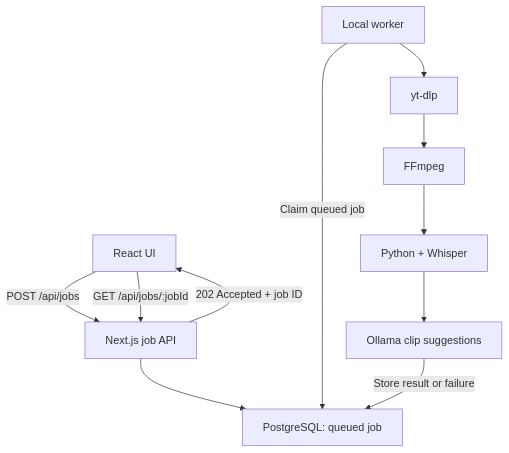
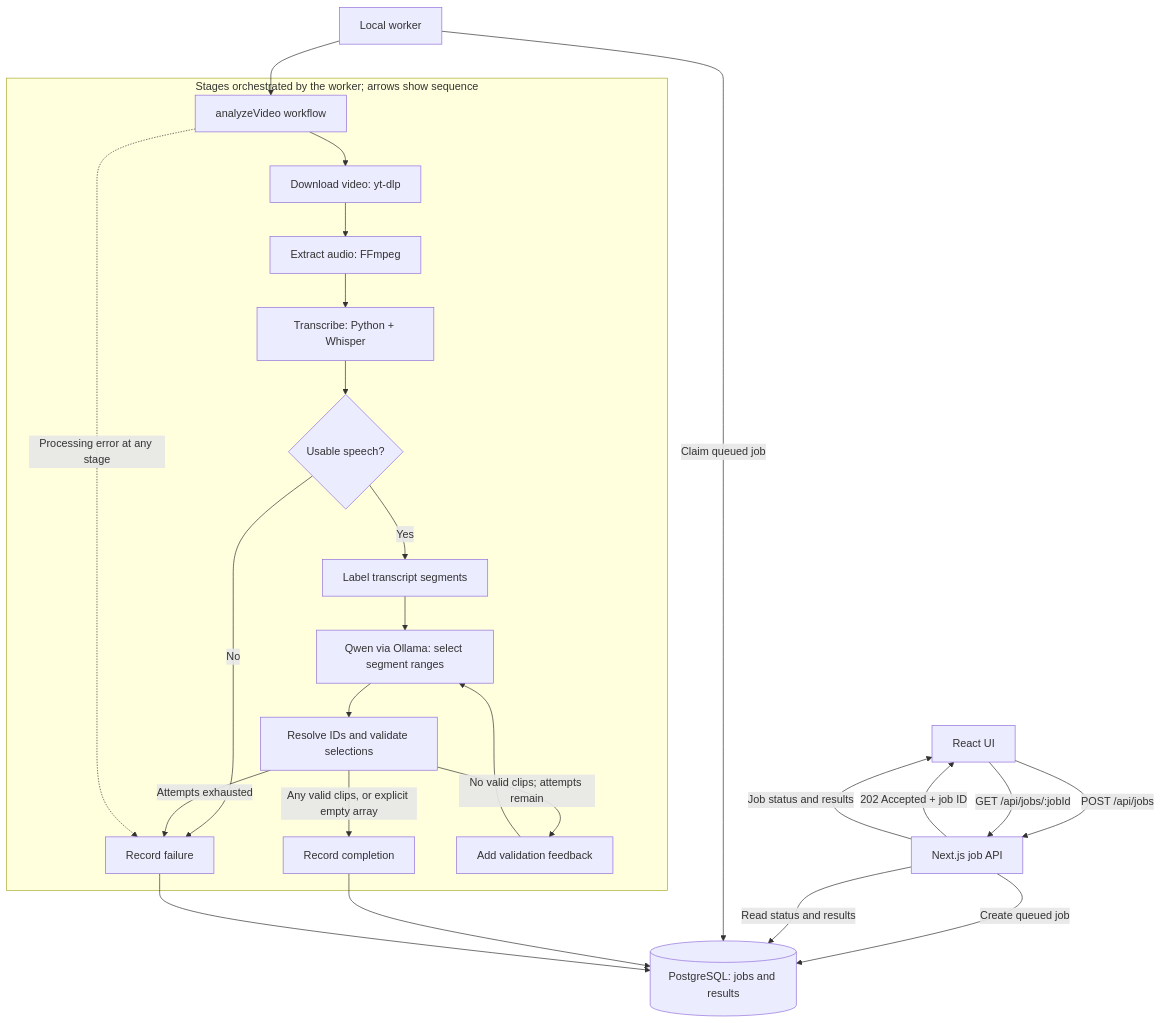
Before and after one commit to Mayankcnz/shorts-generator: the diagram in README.md, drawn with Mermaid. The commit also changed other lines of this file and 17 other files, not shown here.

````diff
--- a/README.md
+++ b/README.md
@@ -8,13 +8,29 @@
 ```mermaid
 flowchart TD
     A["React UI"] -->|"POST /api/jobs"| B["Next.js job API"]
-    B --> C["PostgreSQL: queued job"]
+    B -->|"Create queued job"| C[("PostgreSQL: jobs and results")]
     B -->|"202 Accepted + job ID"| A
+    A -->|"GET /api/jobs/:jobId"| B
+    B -->|"Read status and results"| C
+    B -->|"Job status and results"| A
+
     D["Local worker"] -->|"Claim queued job"| C
-    D --> E["yt-dlp"]
-    E --> F["FFmpeg"]
-    F --> G["Python + Whisper"]
-    G --> H["Ollama clip suggestions"]
-    H -->|"Store result or failure"| C
-    A -->|"GET /api/jobs/:jobId"| B
+    D --> E["analyzeVideo workflow"]
+    subgraph Processing["Stages orchestrated by the worker; arrows show sequence"]
+        E --> F["Download video: yt-dlp"]
+        F --> G["Extract audio: FFmpeg"]
+        G --> H["Transcribe: Python + Whisper"]
+        H --> I{"Usable speech?"}
+        I -->|"No"| X["Record failure"]
+        I -->|"Yes"| J["Label transcript segments"]
+        J --> K["Qwen via Ollama: select segment ranges"]
+        K --> L["Resolve IDs and validate selections"]
+        L -->|"Any valid clips, or explicit empty array"| M["Record completion"]
+        L -->|"No valid clips; attempts remain"| N["Add validation feedback"]
+        N --> K
+        L -->|"Attempts exhausted"| X
+    end
+    E -.->|"Processing error at any stage"| X
+    M --> C
+    X --> C
 ```
````
